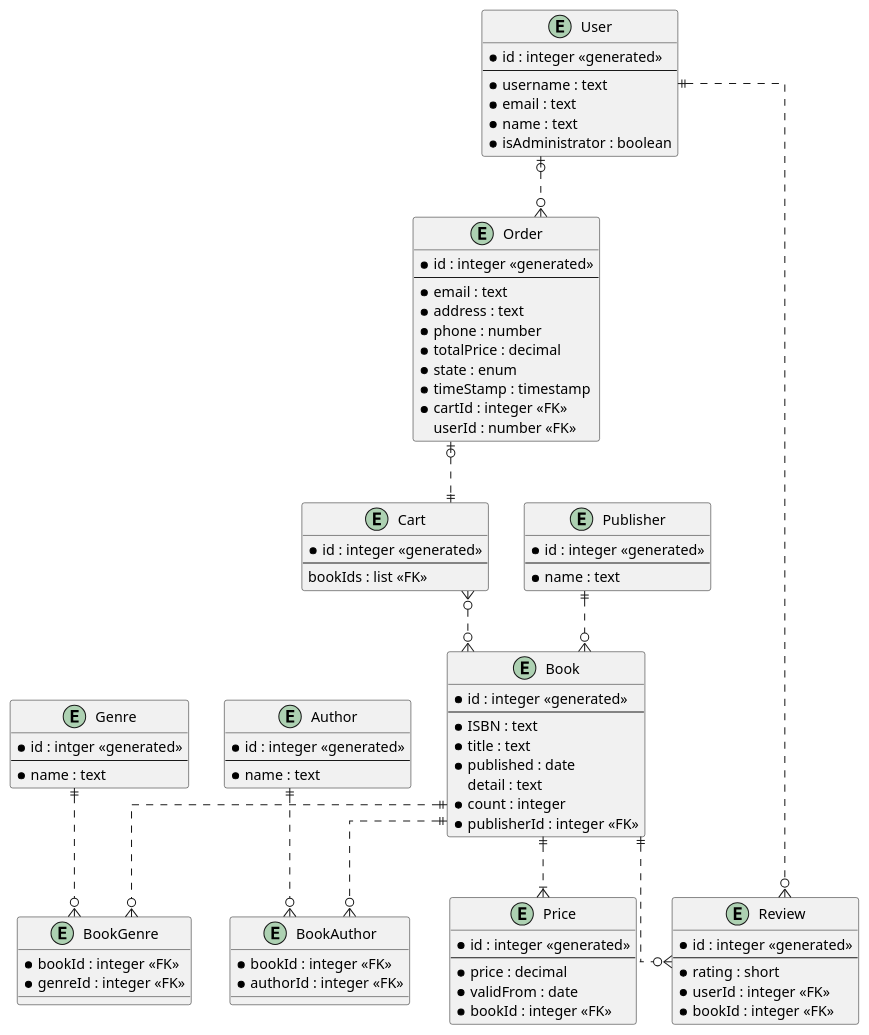
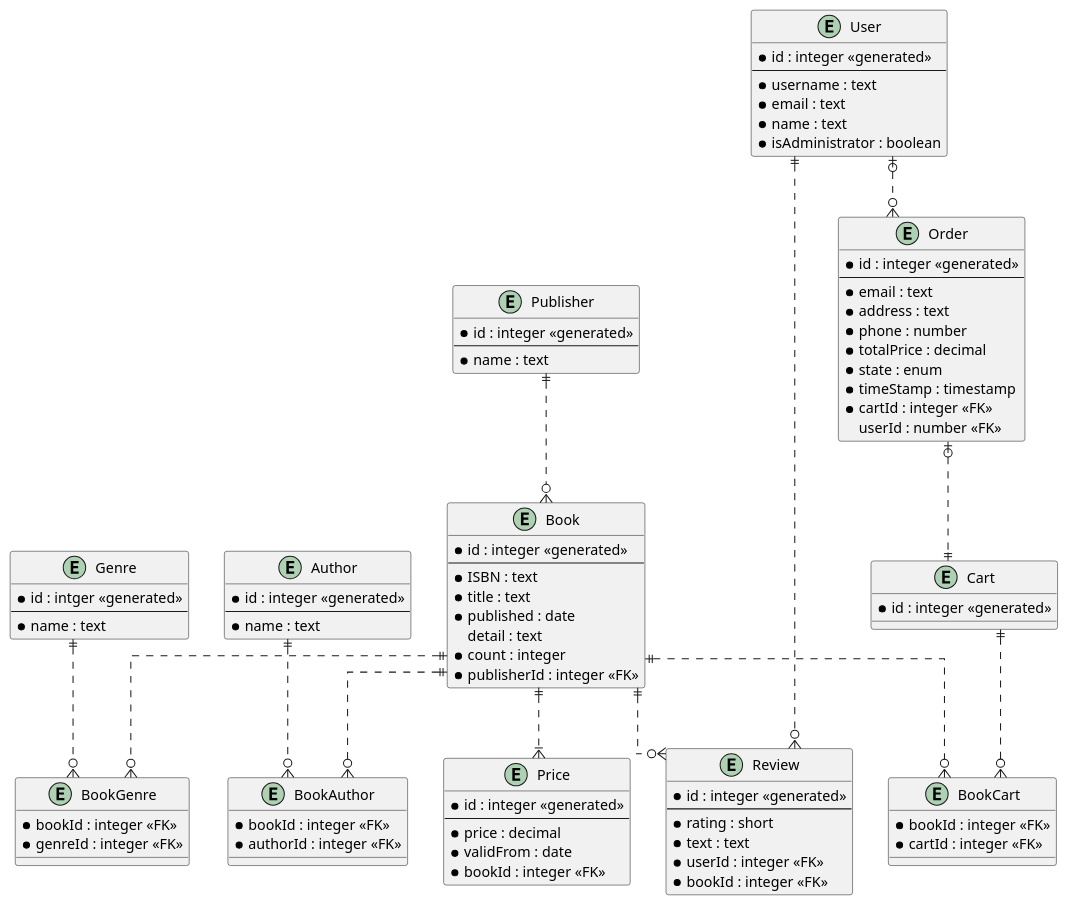
The diagram in docs/diagrams/ERD.puml (adamzalesak/BookHub), drawn with PlantUML before and after one commit. The commit also changed 2 other files, not shown here.

Commit message:
FIX ERD: Book <--> Cart cardinality fix

```diff
--- a/docs/diagrams/ERD.puml
+++ b/docs/diagrams/ERD.puml
@@ -1,98 +1,103 @@
 @startuml
 skinparam linetype ortho
 
 Entity Genre {
  * id : intger <<generated>>
  --
  * name : text
 }
 
 Entity Author {
  * id : integer <<generated>>
  --
  * name : text
 }
 
 Entity Publisher {
  * id : integer <<generated>>
  --
  * name : text
 }
 
 Entity Book {
  * id : integer <<generated>>
  --
  * ISBN : text
  * title : text
  * published : date
  detail : text
  * count : integer
  * publisherId : integer <<FK>>
 }
 
 Entity BookGenre {
  * bookId : integer <<FK>>
  * genreId : integer <<FK>>
 }
 
 Entity BookAuthor {
  * bookId : integer <<FK>>
  * authorId : integer <<FK>>
 }
 
 Entity Price {
  * id : integer <<generated>>
  --
  * price : decimal
  * validFrom : date
  * bookId : integer <<FK>>
 }
 
 Entity Cart {
  * id : integer <<generated>>
- --
- bookIds : list <<FK>>
+}
+
+Entity BookCart {
+ * bookId : integer <<FK>>
+ * cartId : integer <<FK>>
 }
 
 Entity Order {
  * id : integer <<generated>>
  --
  * email : text
  * address : text
  * phone : number
  * totalPrice : decimal
  * state : enum
  * timeStamp : timestamp
  * cartId : integer <<FK>>
  userId : number <<FK>>
 }
 
 Entity User {
  * id : integer <<generated>>
  --
  * username : text
  * email : text
  * name : text
  * isAdministrator : boolean
 }
 
 Entity Review {
  * id : integer <<generated>>
  --
  * rating : short
+ * text : text
  * userId : integer <<FK>>
  * bookId : integer <<FK>>
 }
 
 Genre ||..o{ BookGenre
 Book ||..o{ BookGenre
 Publisher ||..o{ Book
 Author ||..o{ BookAuthor
 Book ||..o{ BookAuthor
 Book ||..|{ Price
-Cart }o..o{ Book
+Book ||..o{ BookCart
+Cart ||..o{ BookCart
 Order |o..|| Cart
 User |o..o{ Order
 User ||..o{ Review
 Book ||..o{ Review
 @enduml
```
